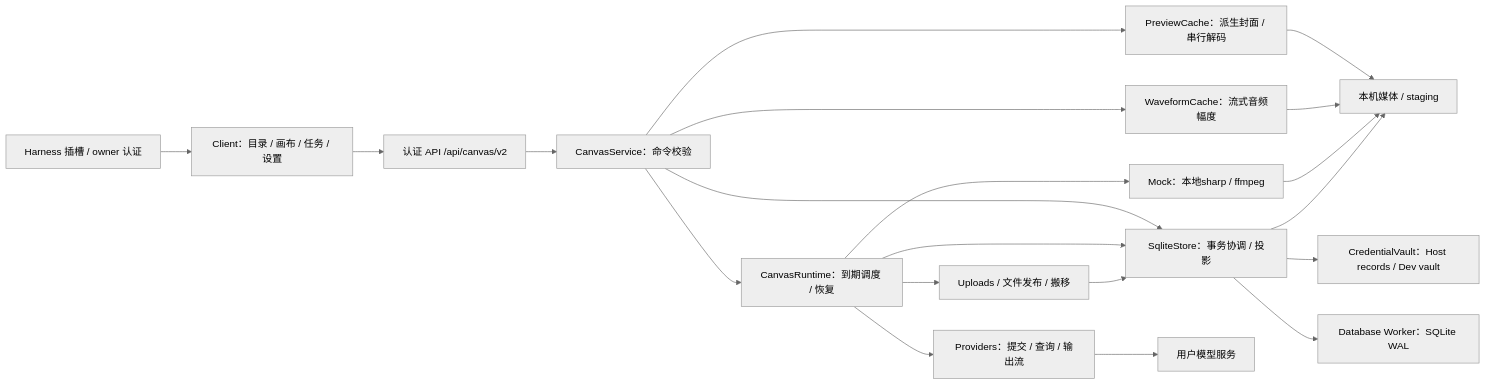
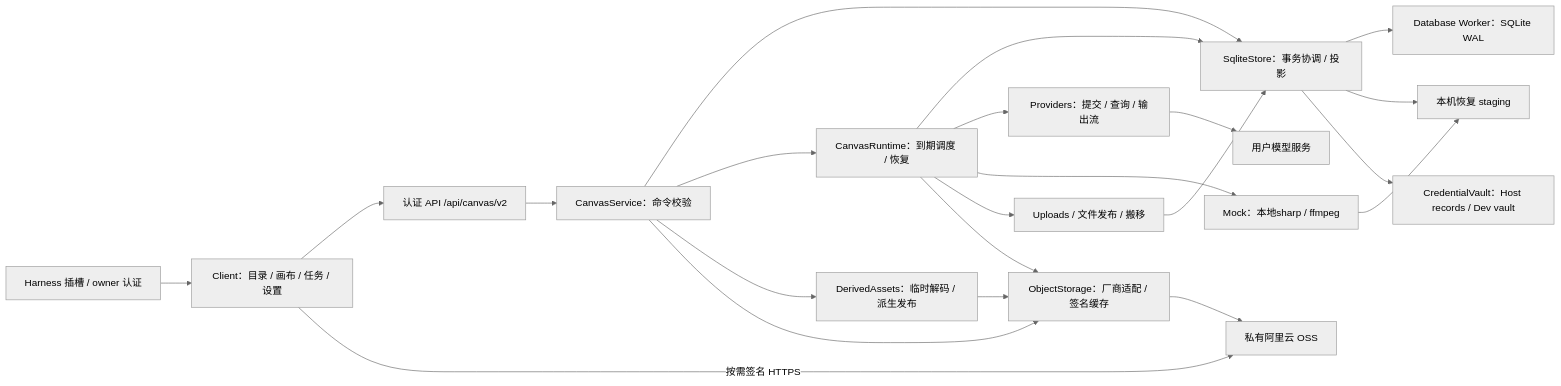
One commit to dontlove14/dsh-canvas changed the diagram in docs/architecture.md. Above: the diagram before and after it, drawn with Mermaid (neutral theme). The commit also changed other lines of this file and 122 other files, not shown here.

Commit message:
1. 接入 gpt image 2.5 系列模型、FishTTS 2. 接入对象存储能力 3. 接入 thinking-orbs 动画库 4. 接入 banana 系列生图模型 5. 优化画布多项业务流程

````diff
--- a/docs/architecture.md
+++ b/docs/architecture.md
@@ -9,22 +11,24 @@
 ```mermaid
 flowchart LR
   H["Harness 插槽 / owner 认证"] --> C["Client：目录 / 画布 / 任务 / 设置"]
   C --> A["认证 API /api/canvas/v2"]
   A --> S["CanvasService：命令校验"]
   S --> D["SqliteStore：事务协调 / 投影"]
   S --> R["CanvasRuntime：到期调度 / 恢复"]
-  S --> PC["PreviewCache：派生封面 / 串行解码"]
-  S --> WC["WaveformCache：流式音频幅度"]
-  PC --> FS
-  WC --> FS
+  S --> PC["DerivedAssets：临时解码 / 派生发布"]
+  PC --> OS
+  S --> OS["ObjectStorage：厂商适配 / 签名缓存"]
   R --> D
   R --> P["Providers：提交 / 查询 / 输出流"]
   R --> MG["Mock：本地sharp / ffmpeg"]
   MG --> FS
   P --> M["用户模型服务"]
   D --> W["Database Worker：SQLite WAL"]
   R --> F["Uploads / 文件发布 / 搬移"]
   F --> D
-  D --> FS["本机媒体 / staging"]
+  D --> FS["本机恢复 staging"]
   D --> V["CredentialVault：Host records / Dev vault"]
+  R --> OS
+  OS --> OSS["私有阿里云 OSS"]
+  C -->|"按需签名 HTTPS"| OSS
 ```
````
